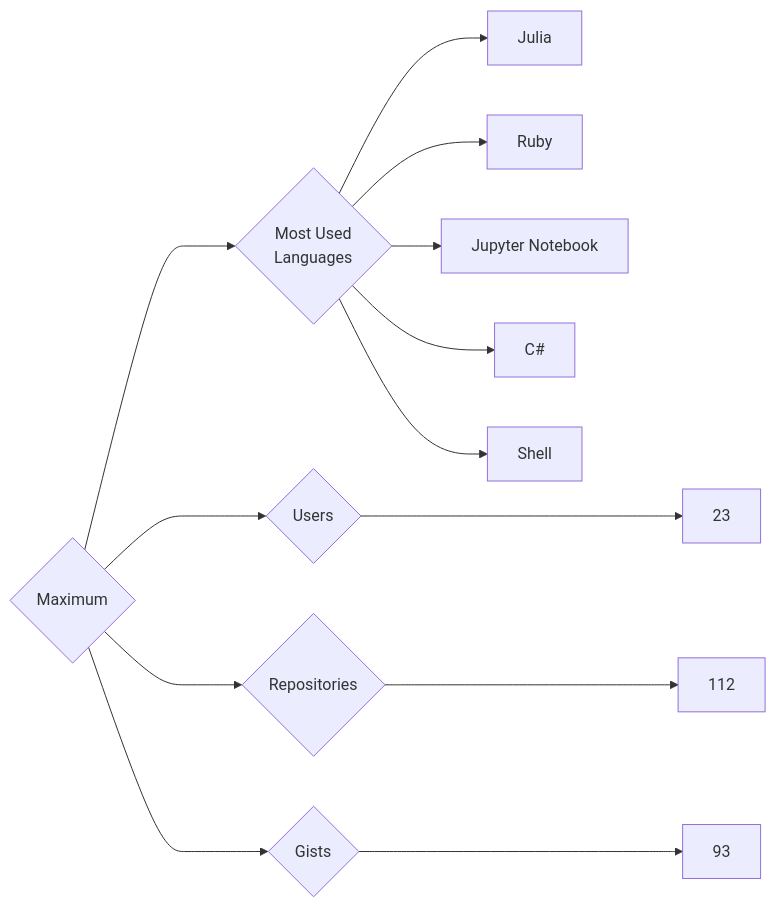
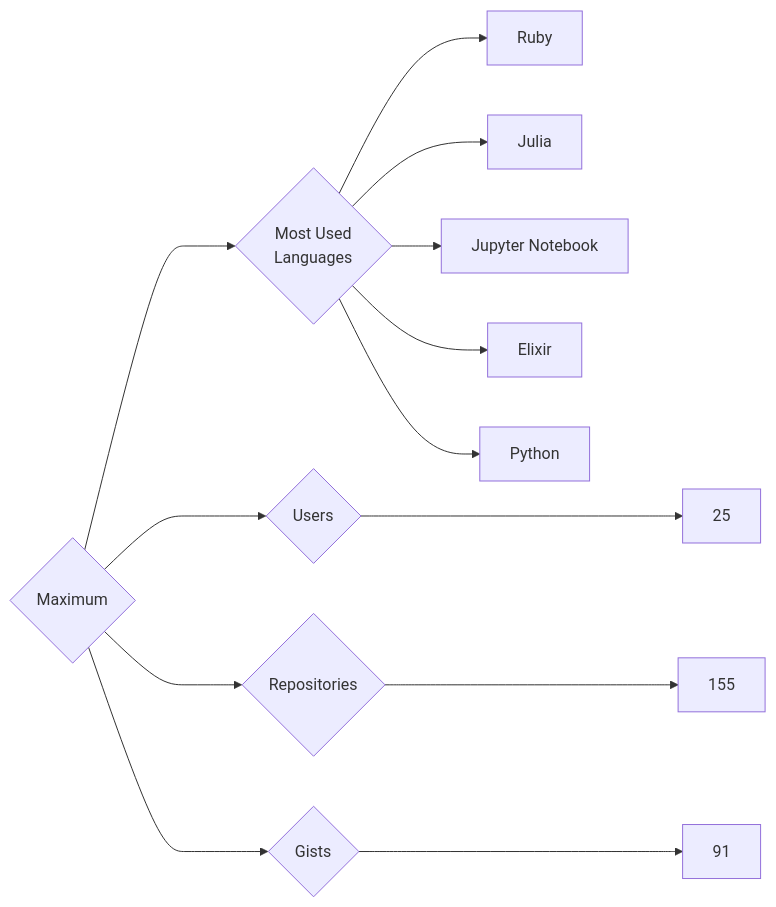
The diagram in targets/Maximum/README.md (trickest/insiders), drawn with Mermaid before and after one commit. The commit also changed 920 other files, not shown here.

````diff
--- a/targets/Maximum/README.md
+++ b/targets/Maximum/README.md
@@ -3,13 +3,13 @@
 ```mermaid
 graph LR
 COMPANY_NAME{Maximum}
-COMPANY_NAME ---> U{Users} ---> UN[23]
-COMPANY_NAME ---> R{Repositories} ---> RN[112]
-COMPANY_NAME ---> G{Gists} ---> GN[93]
+COMPANY_NAME ---> U{Users} ---> UN[25]
+COMPANY_NAME ---> R{Repositories} ---> RN[155]
+COMPANY_NAME ---> G{Gists} ---> GN[91]
 COMPANY_NAME ---> ML{Most Used<br>Languages}
+ML --> Ruby[Ruby]
 ML --> Julia[Julia]
-ML --> Ruby[Ruby]
 ML --> Jupyter_Notebook[Jupyter Notebook]
-ML --> C#[C#]
-ML --> Shell[Shell]
+ML --> Elixir[Elixir]
+ML --> Python[Python]
 ```
````
